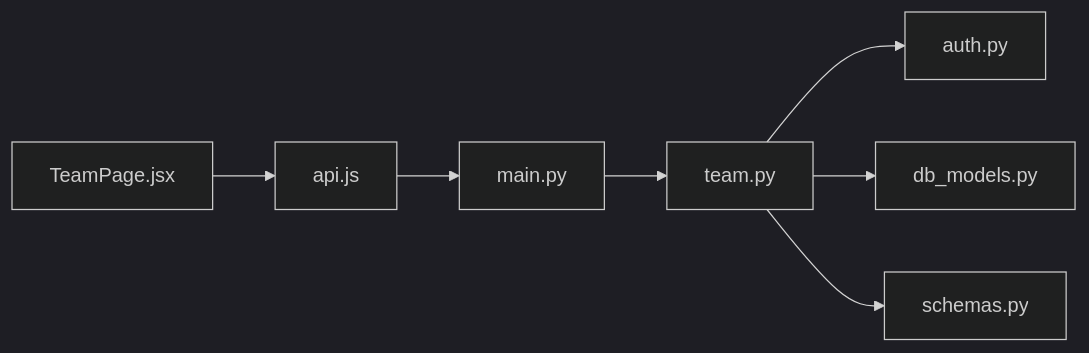
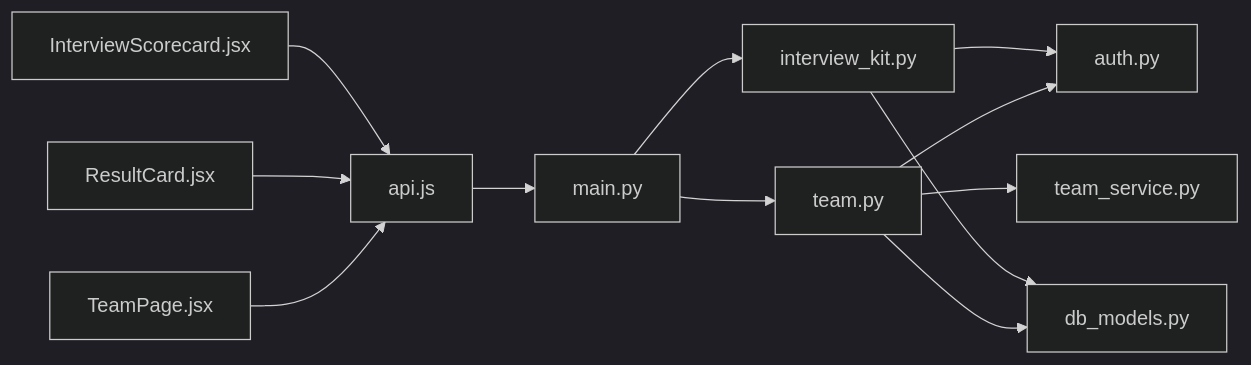
Before and after one commit to Revanththetalogics/aireume: the ninth of 9 diagrams in .qoder/repowiki/en/content/API Reference/Team & Collaboration.md, drawn with Mermaid (dark theme). The commit also changed other lines of this file and 6 other files, not shown here.

````diff
--- a/.qoder/repowiki/en/content/API Reference/Team & Collaboration.md
+++ b/.qoder/repowiki/en/content/API Reference/Team & Collaboration.md
@@ -473,9 +750,14 @@
 ```mermaid
 graph LR
 FE["TeamPage.jsx"] --> API["api.js"]
+FE2["ResultCard.jsx"] --> API
+FE3["InterviewScorecard.jsx"] --> API
 API --> MAIN["main.py"]
-MAIN --> ROUTES["team.py"]
-ROUTES --> AUTH["auth.py"]
-ROUTES --> MODELS["db_models.py"]
-ROUTES --> SCHEMAS["schemas.py"]
+MAIN --> TEAM_ROUTES["team.py"]
+MAIN --> EVAL_ROUTES["interview_kit.py"]
+TEAM_ROUTES --> AUTH["auth.py"]
+EVAL_ROUTES --> AUTH
+TEAM_ROUTES --> MODELS["db_models.py"]
+EVAL_ROUTES --> MODELS
+TEAM_ROUTES --> TEAM_SERVICE["team_service.py"]
 ```
````
